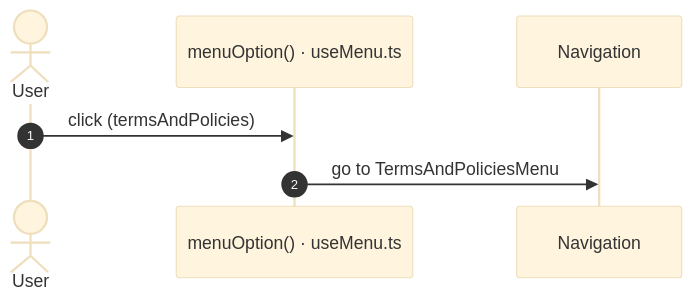
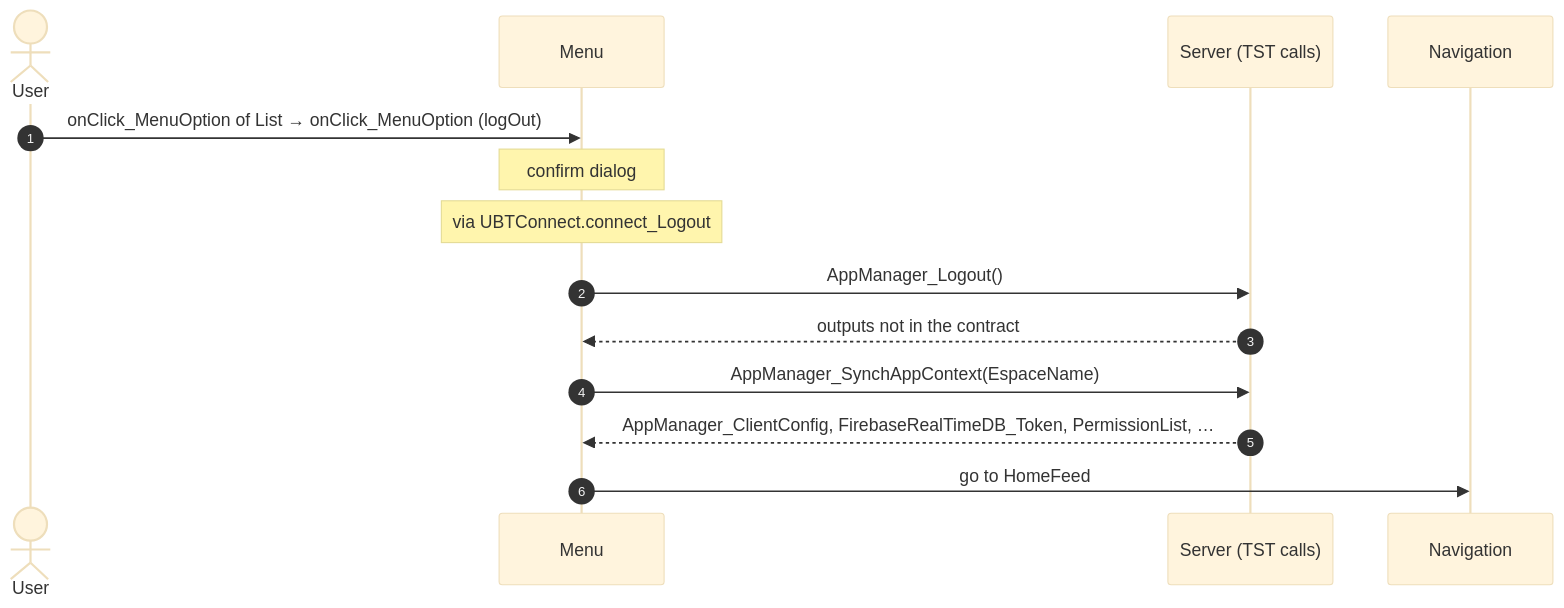
Before and after one commit to Phoenix-DX/connect-new-ui: the eighth of 37 diagrams in migration/route-actions/Menu.md, drawn with Mermaid (base theme). The commit also changed other lines of this file and 9 other files, not shown here.

Commit message:
route actions: facts only; user actions as two independent lists (OutSystems view bindings, React JSX bindings) with Mermaid sequences; factual call columns (direct caller, chains, React references); app shell by definition (survey shell, main.tsx code); constants read for React paths

````diff
--- a/migration/route-actions/Menu.md
+++ b/migration/route-actions/Menu.md
@@ -239,9 +198,16 @@
 ```mermaid
 sequenceDiagram
   autonumber
   actor U as User
-  participant H as menuOption() · useMenu.ts
+  participant B as Menu
+  participant S as Server (TST calls)
   participant N as Navigation
-  U->>H: click (termsAndPolicies)
-  H->>N: go to TermsAndPoliciesMenu
+  U->>B: onClick_MenuOption of List → onClick_MenuOption (logOut)
+  Note over B: confirm dialog
+  Note over B: via UBTConnect.connect_Logout
+  B->>S: AppManager_Logout()
+  S-->>B: outputs not in the contract
+  B->>S: AppManager_SynchAppContext(EspaceName)
+  S-->>B: AppManager_ClientConfig, FirebaseRealTimeDB_Token, PermissionList, …
+  B->>N: go to HomeFeed
 ```
````
